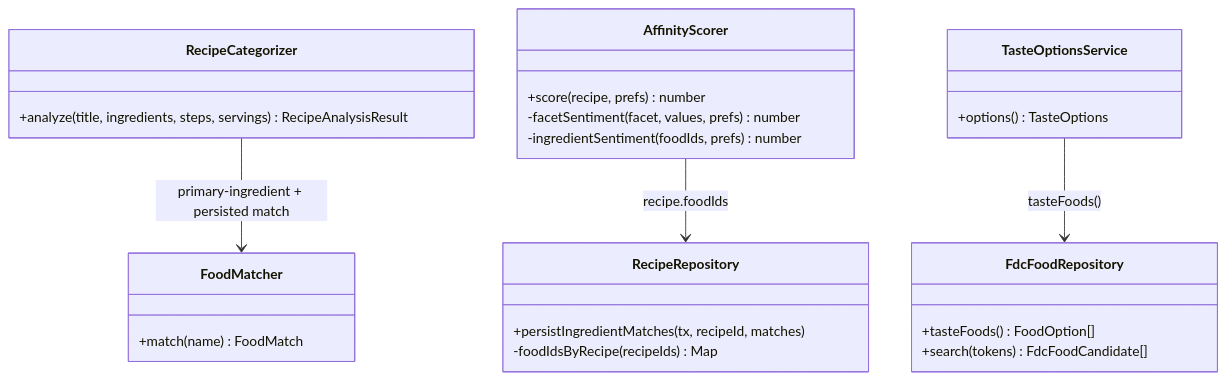
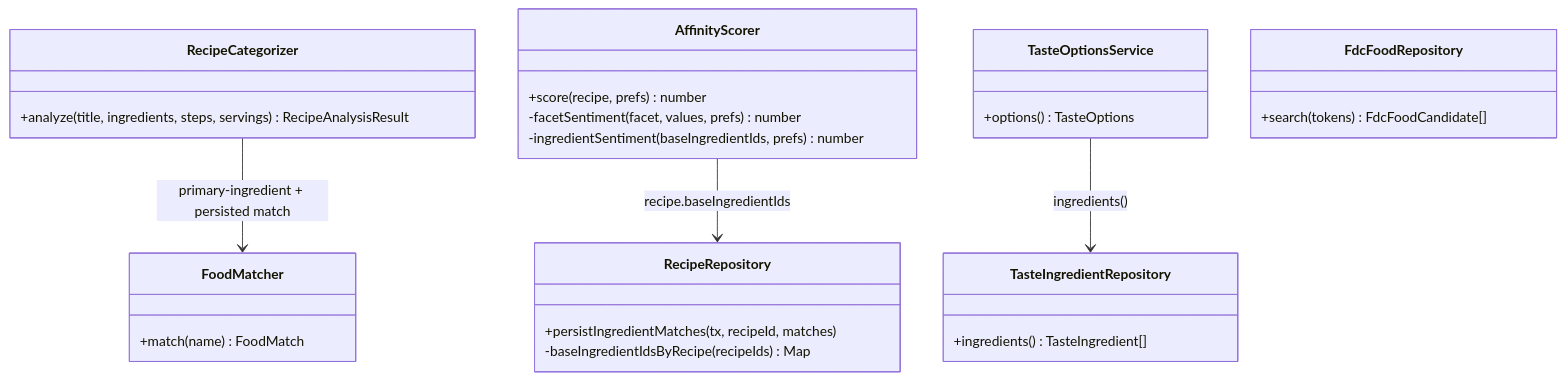
One commit to jordangaston/harvest changed the fifth of 6 diagrams in docs/ranking/taste-classification-affinity.md. Above: the diagram before and after it, drawn with Mermaid. The commit also changed other lines of this file, not shown here.

First line of the commit message:
docs(ranking): settle taste model — uuidPk taste_ingredients, base_ingredient_id affinity, seed:taste

````diff
--- a/docs/ranking/taste-classification-affinity.md
+++ b/docs/ranking/taste-classification-affinity.md
@@ -248,29 +250,31 @@
 ```mermaid
 classDiagram
     class RecipeCategorizer {
         +analyze(title, ingredients, steps, servings) RecipeAnalysisResult
     }
     class FoodMatcher {
         +match(name) FoodMatch
     }
     class AffinityScorer {
         +score(recipe, prefs) number
         -facetSentiment(facet, values, prefs) number
-        -ingredientSentiment(foodIds, prefs) number
+        -ingredientSentiment(baseIngredientIds, prefs) number
     }
     class TasteOptionsService {
         +options() TasteOptions
     }
+    class TasteIngredientRepository {
+        +ingredients() TasteIngredient[]
+    }
     class FdcFoodRepository {
-        +tasteFoods() FoodOption[]
         +search(tokens) FdcFoodCandidate[]
     }
     class RecipeRepository {
         +persistIngredientMatches(tx, recipeId, matches)
-        -foodIdsByRecipe(recipeIds) Map
+        -baseIngredientIdsByRecipe(recipeIds) Map
     }
 
-    TasteOptionsService --> FdcFoodRepository : tasteFoods()
+    TasteOptionsService --> TasteIngredientRepository : ingredients()
     RecipeCategorizer --> FoodMatcher : primary-ingredient + persisted match
-    AffinityScorer --> RecipeRepository : recipe.foodIds
+    AffinityScorer --> RecipeRepository : recipe.baseIngredientIds
 ```
````
